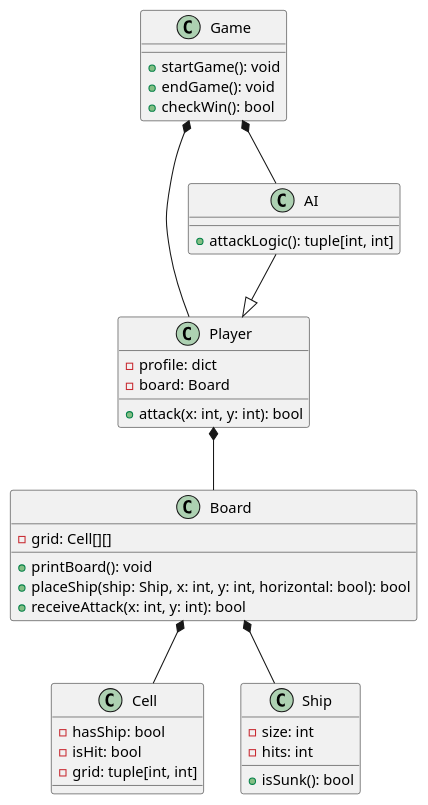
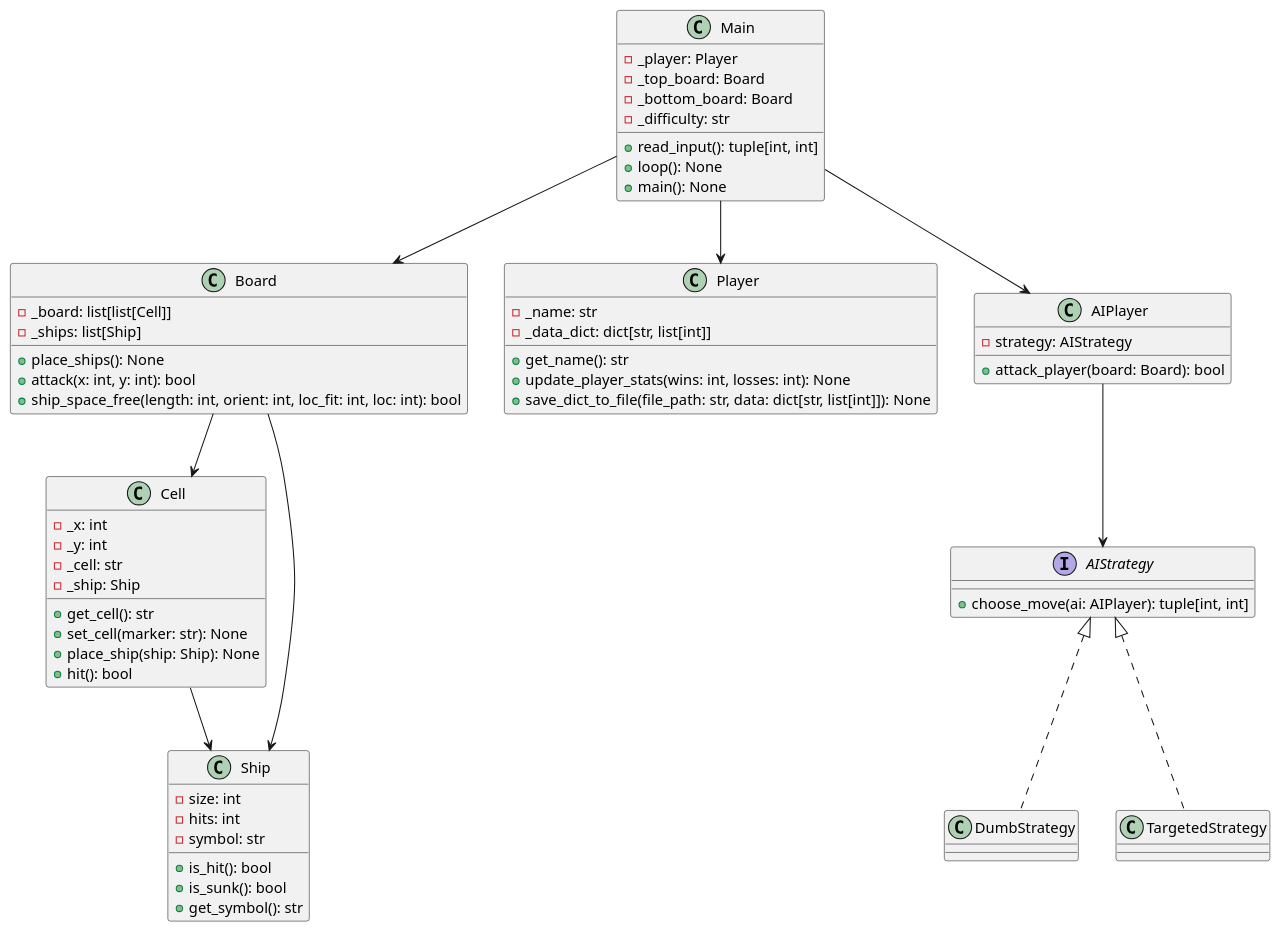
Before and after one commit to joywalgren/FinalProject_OOP: the diagram in Final_Project/uml/Logical_View.plantuml, drawn with PlantUML. The commit also changed 9 other files, not shown here.

Commit message:
update uml

```diff
--- a/Final_Project/uml/Logical_View.plantuml
+++ b/Final_Project/uml/Logical_View.plantuml
@@ -1,43 +1,69 @@
 @startuml Logical_View
 class Cell {
-    - hasShip: bool
-    - isHit: bool
-    - grid: tuple[int, int]
+    - _x: int
+    - _y: int
+    - _cell: str
+    - _ship: Ship
+    + get_cell(): str
+    + set_cell(marker: str): None
+    + place_ship(ship: Ship): None
+    + hit(): bool
 }
 
 class Ship {
     - size: int
     - hits: int
-    + isSunk(): bool
+    - symbol: str
+    + is_hit(): bool
+    + is_sunk(): bool
+    + get_symbol(): str
 }
 
 class Board {
-    - grid: Cell[][]
-    + printBoard(): void
-    + placeShip(ship: Ship, x: int, y: int, horizontal: bool): bool
-    + receiveAttack(x: int, y: int): bool
+    - _board: list[list[Cell]]
+    - _ships: list[Ship]
+    + place_ships(): None
+    + attack(x: int, y: int): bool
+    + ship_space_free(length: int, orient: int, loc_fit: int, loc: int): bool
 }
 
 class Player {
-    - profile: dict
-    - board: Board
-    + attack(x: int, y: int): bool
+    - _name: str
+    - _data_dict: dict[str, list[int]]
+    + get_name(): str
+    + update_player_stats(wins: int, losses: int): None
+    + save_dict_to_file(file_path: str, data: dict[str, list[int]]): None
 }
 
-class AI {
-    + attackLogic(): tuple[int, int]
+class AIPlayer {
+    - strategy: AIStrategy
+    + attack_player(board: Board): bool
 }
 
-class Game {
-    + startGame(): void
-    + endGame(): void
-    + checkWin(): bool
+interface AIStrategy {
+    + choose_move(ai: AIPlayer): tuple[int, int]
 }
 
-AI --|> Player
-Board *-- Cell
-Board *-- Ship
-Player *-- Board
-Game *-- Player
-Game *-- AI
+class DumbStrategy
+class TargetedStrategy
+
+class Main {
+    - _player: Player
+    - _top_board: Board
+    - _bottom_board: Board
+    - _difficulty: str
+    + read_input(): tuple[int, int]
+    + loop(): None
+    + main(): None
+}
+
+AIStrategy <|.. DumbStrategy
+AIStrategy <|.. TargetedStrategy
+AIPlayer --> AIStrategy
+Main --> Player
+Main --> Board
+Main --> AIPlayer
+Board --> Cell
+Board --> Ship
+Cell --> Ship
 @enduml
```
